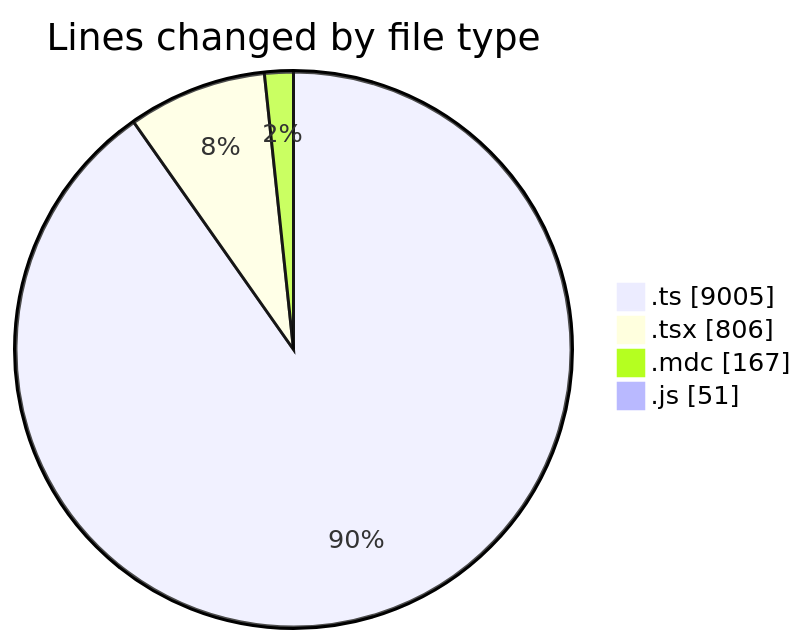
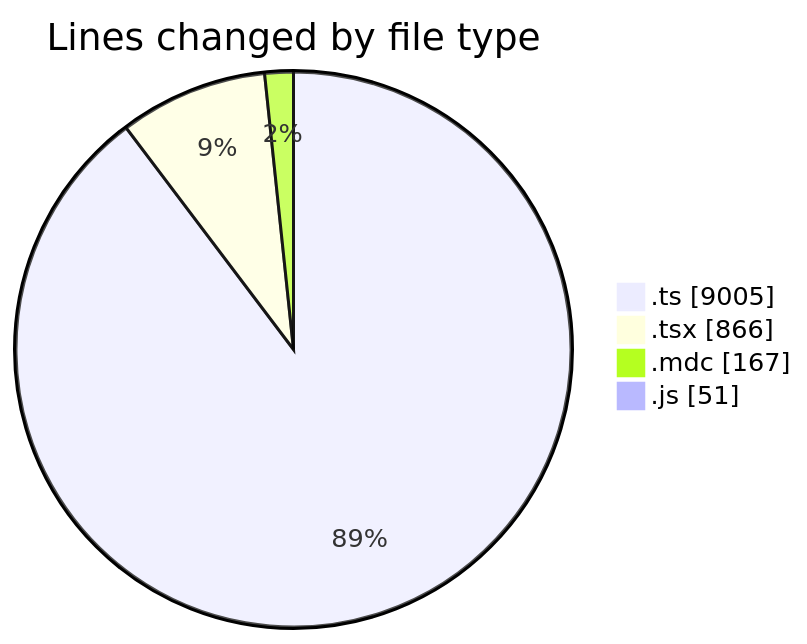
Before and after one commit to CELIANVF/code-tracking: the first of 2 diagrams in 2025-06-06/ecodeli-1/README.md, drawn with Mermaid. The commit also changed other lines of this file and 1 other file, not shown here.

````diff
--- a/2025-06-06/ecodeli-1/README.md
+++ b/2025-06-06/ecodeli-1/README.md
@@ -46,8 +46,8 @@
 ```mermaid
 pie showData
 title Lines changed by file type
 ".ts" : 9005
-".tsx" : 806
+".tsx" : 866
 ".mdc" : 167
 ".js" : 51
 ```
````
